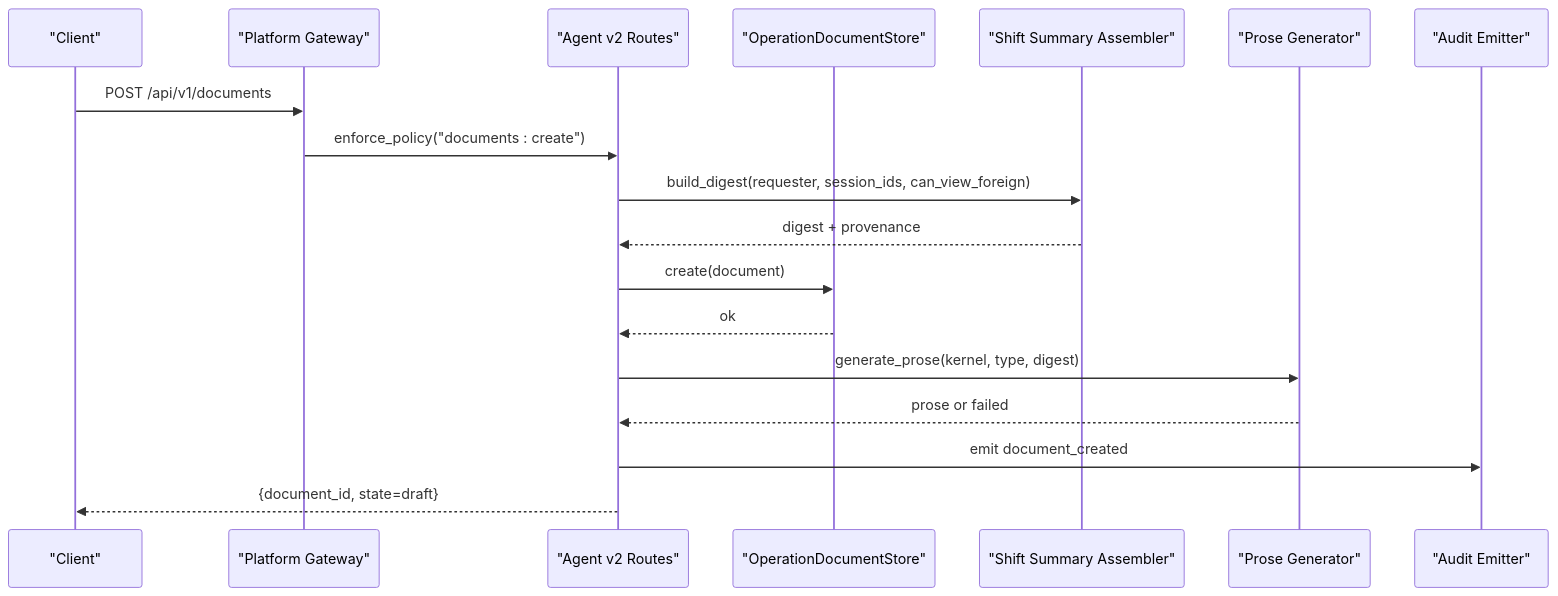
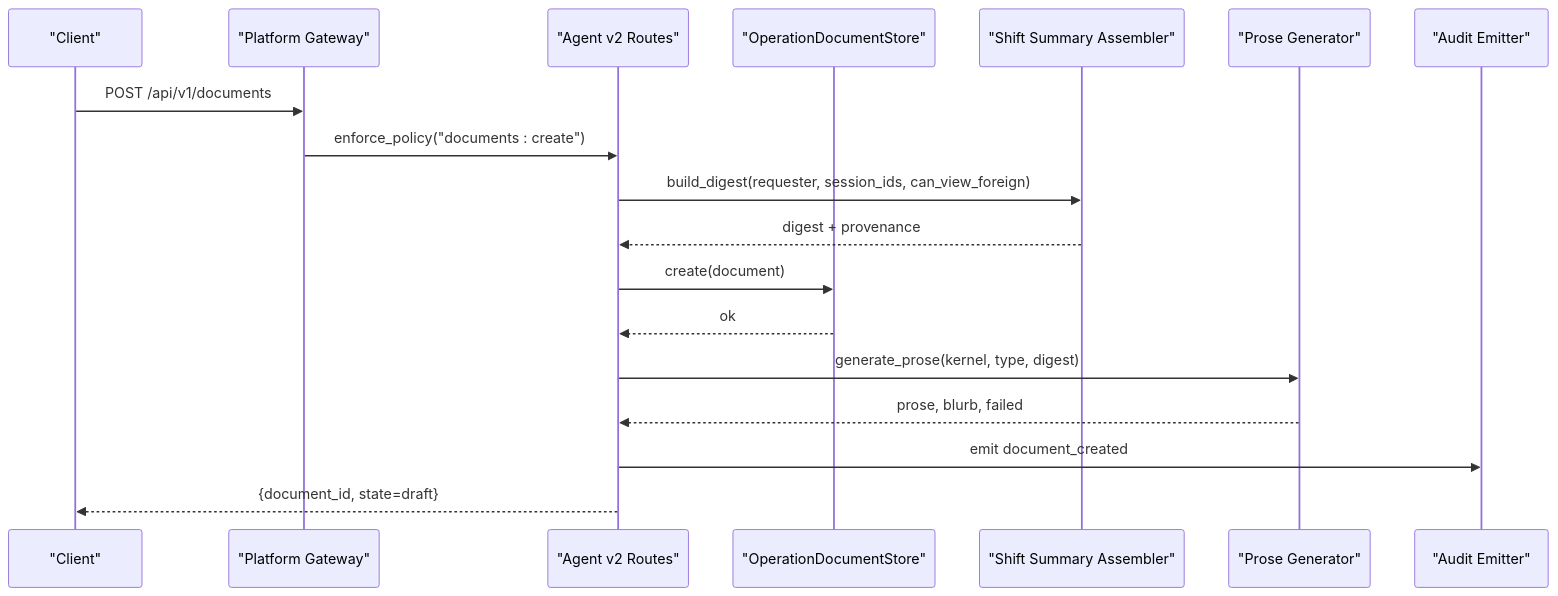
The second of 8 diagrams in .qoder/repowiki/en/content/Architecture Documentation/SPEC-039_ Operations Document Repository Specification.md (metasync/luban-aiops), drawn with Mermaid before and after one commit. The commit also changed other lines of this file and 22 other files, not shown here.

````diff
--- a/.qoder/repowiki/en/content/Architecture Documentation/SPEC-039_ Operations Document Repository Specification.md
+++ b/.qoder/repowiki/en/content/Architecture Documentation/SPEC-039_ Operations Document Repository Specification.md
@@ -128,20 +131,20 @@
 ```mermaid
 sequenceDiagram
 participant Client as "Client"
 participant Gateway as "Platform Gateway"
 participant Routes as "Agent v2 Routes"
 participant Store as "OperationDocumentStore"
 participant Asm as "Shift Summary Assembler"
 participant Prose as "Prose Generator"
 participant Audit as "Audit Emitter"
 Client->>Gateway : POST /api/v1/documents
 Gateway->>Routes : enforce_policy("documents : create")
 Routes->>Asm : build_digest(requester, session_ids, can_view_foreign)
 Asm-->>Routes : digest + provenance
 Routes->>Store : create(document)
 Store-->>Routes : ok
 Routes->>Prose : generate_prose(kernel, type, digest)
-Prose-->>Routes : prose or failed
+Prose-->>Routes : prose, blurb, failed
 Routes->>Audit : emit document_created
 Routes-->>Client : {document_id, state=draft}
 ```
````
